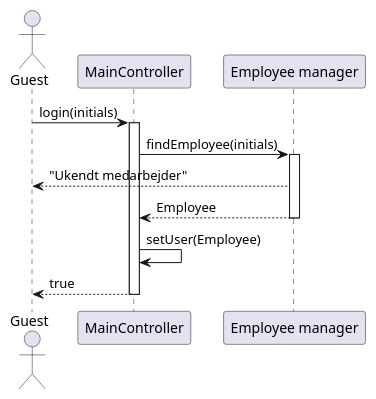
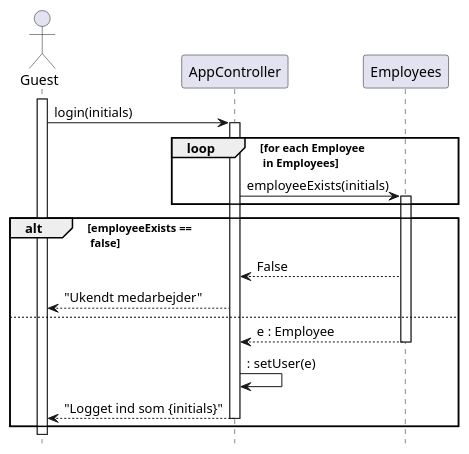
Before and after one commit to rwiuff/02161ExamProject: the diagram in RequirementsAndDesign/SequenceDiagrams/Deprecated/seq_login.puml, drawn with PlantUML. The commit also changed 26 other files, not shown here.

Commit message:
wip: Sequence diagrams

```diff
--- a/RequirementsAndDesign/SequenceDiagrams/Deprecated/seq_login.puml
+++ b/RequirementsAndDesign/SequenceDiagrams/Deprecated/seq_login.puml
@@ -1,20 +1,25 @@
-@startuml
+@startuml Login
+' skinparam ParticipantPadding 50
+hide footbox
 actor "Guest" as guest
-participant "MainController" as app
-participant "Employee manager" as em
+participant "AppController" as app
+participant "Employees" as em
 
+activate guest
 guest -> app : login(initials)
 activate app
-
-
-app -> em : findEmployee(initials)
+loop for each Employee \n in Employees
+app -> em: employeeExists(initials)
 activate em
-em --> guest : "Ukendt medarbejder"
-return Employee 
-
-app -> app : setUser(Employee)
-
-
-return true
-
+end
+alt employeeExists == \n false
+em --> app : False
+app --> guest : "Ukendt medarbejder"
+else
+em --> app : e : Employee
+deactivate em
+app -> app : : setUser(e)
+app --> guest : "Logget ind som {initials}"
+deactivate app
+end
 @enduml
```
